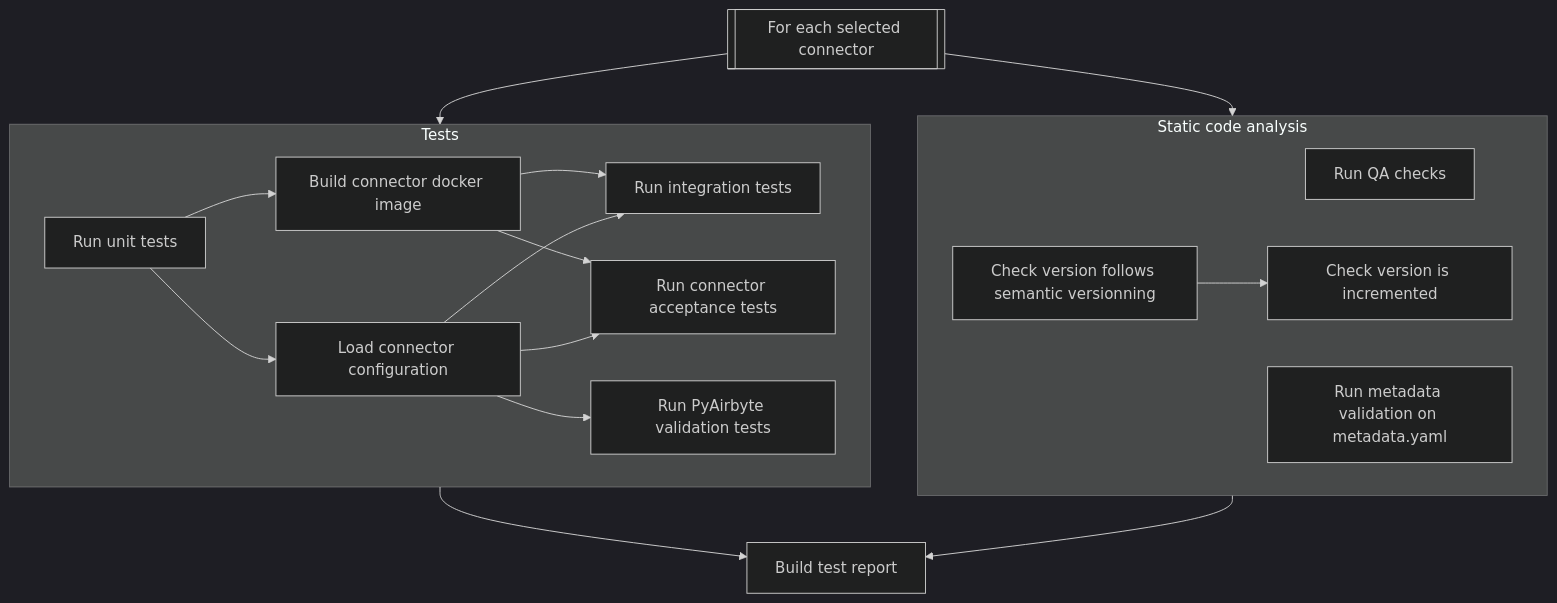
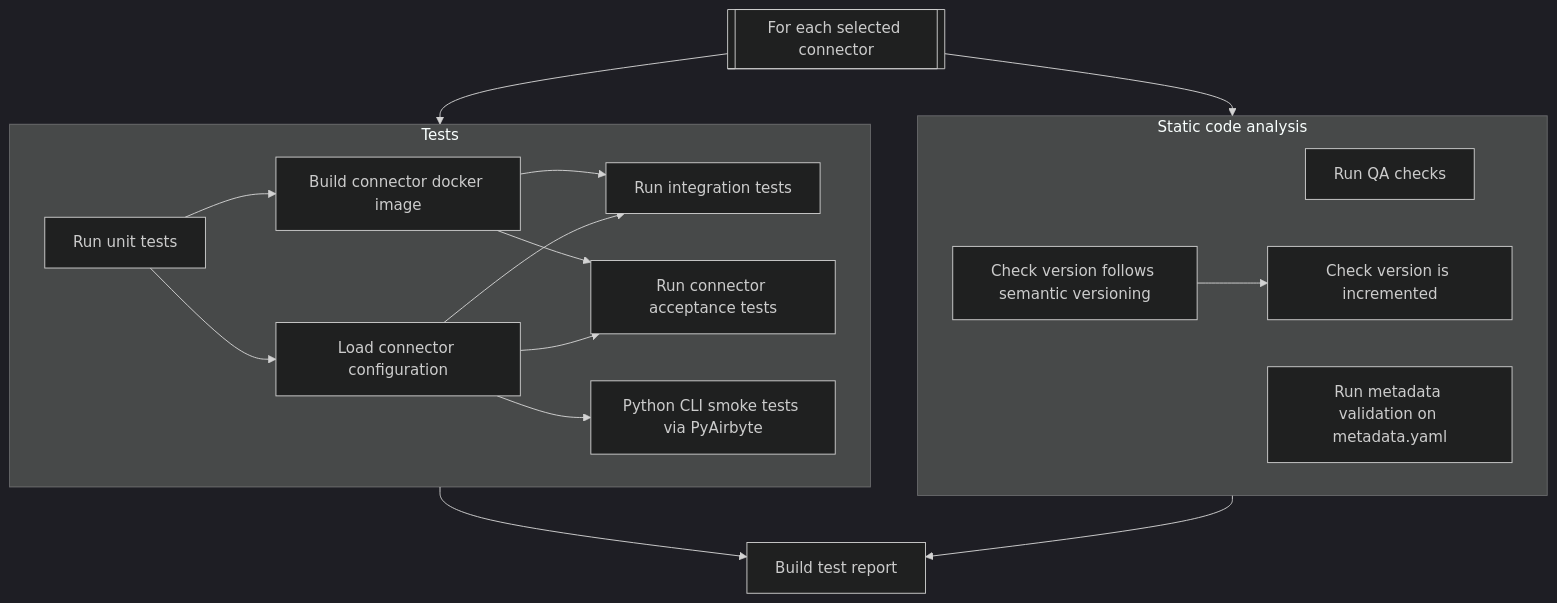
Before and after one commit to airbytehq/airbyte: the first of 5 diagrams in airbyte-ci/connectors/pipelines/README.md, drawn with Mermaid (dark theme). The commit also changed 1 other file, not shown here.

Commit message:
fix: update README and PyAirbyte validation step descriptions for clarity

````diff
--- a/airbyte-ci/connectors/pipelines/README.md
+++ b/airbyte-ci/connectors/pipelines/README.md
@@ -308,32 +308,32 @@
 ```mermaid
 flowchart TD
     entrypoint[[For each selected connector]]
     subgraph static ["Static code analysis"]
       qa[Run QA checks]
-      sem["Check version follows semantic versionning"]
+      sem["Check version follows semantic versioning"]
       incr["Check version is incremented"]
       metadata_validation["Run metadata validation on metadata.yaml"]
       sem --> incr
     end
     subgraph tests ["Tests"]
         build[Build connector docker image]
         unit[Run unit tests]
         integration[Run integration tests]
-        pyairbyte_validation[Run PyAirbyte validation tests]
+        pyairbyte_validation[Python CLI smoke tests via PyAirbyte]
         cat[Run connector acceptance tests]
         secret[Load connector configuration]
 
         unit-->secret
         unit-->build
         secret-->integration
         secret-->cat
         secret-->pyairbyte_validation
         build-->integration
         build-->cat
     end
     entrypoint-->static
     entrypoint-->tests
     report["Build test report"]
     tests-->report
     static-->report
 ```
````
